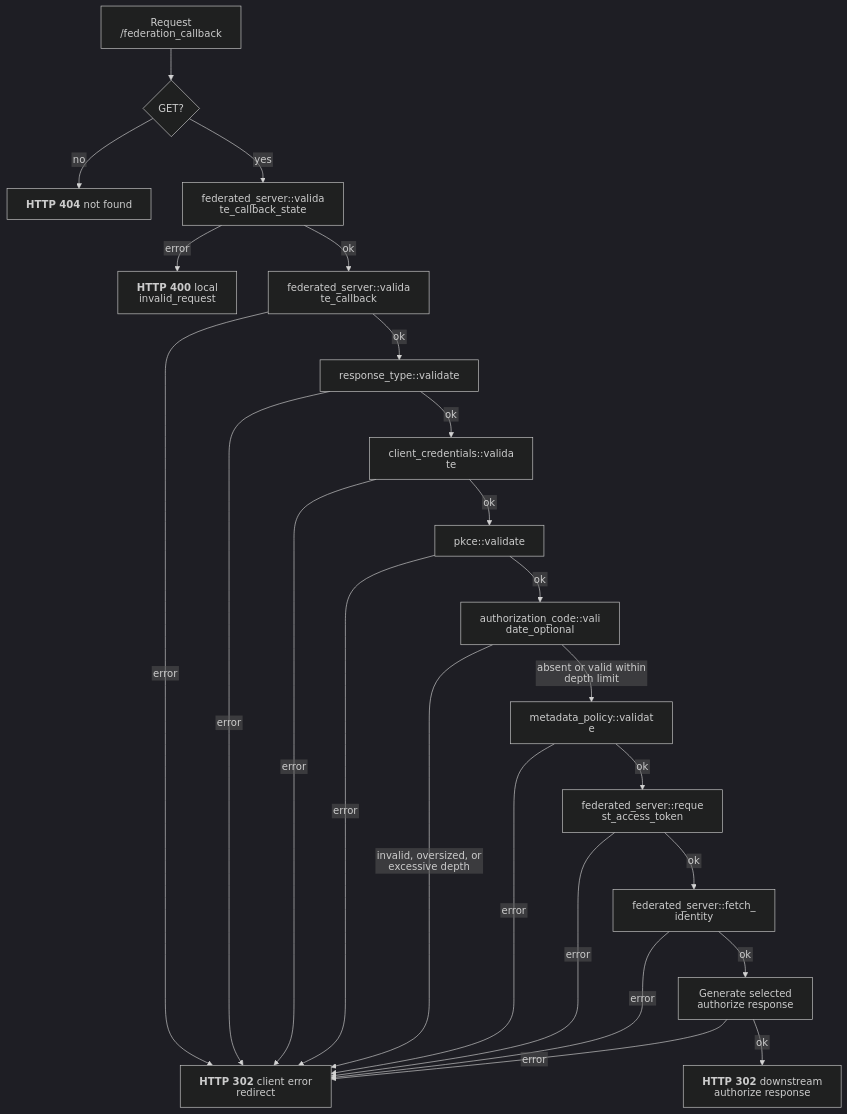
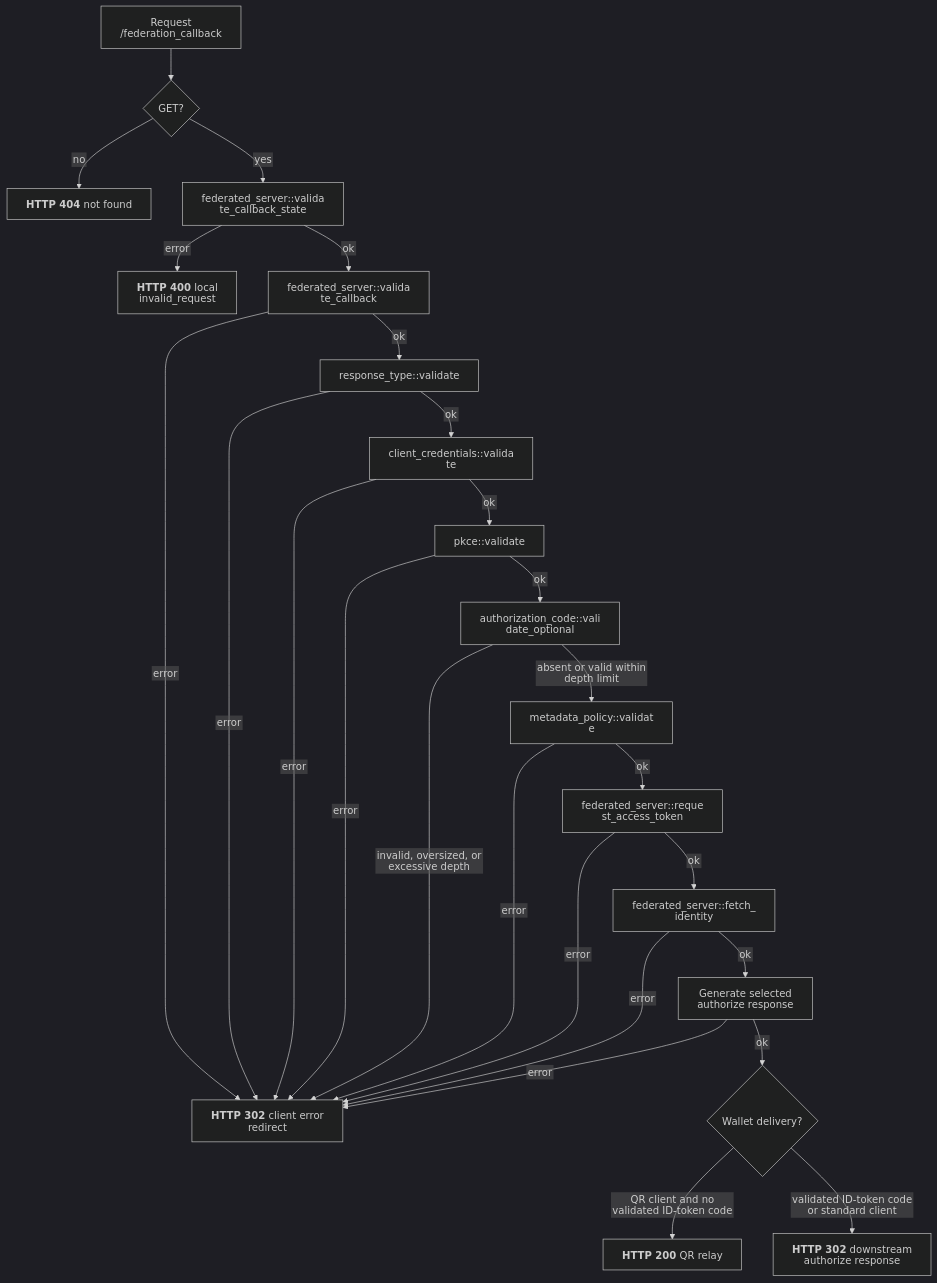
Before and after one commit to malach-it/kagome: the diagram in docs/flows/oauth/federation_callback.mmd, drawn with Mermaid (dark theme). The commit also changed 7 other files, not shown here.

```diff
--- a/docs/flows/oauth/federation_callback.mmd
+++ b/docs/flows/oauth/federation_callback.mmd
@@ -1,25 +1,27 @@
 %%{init: {"htmlLabels": false, "flowchart": {"htmlLabels": false}}}%%
 flowchart TD
     start[Request /federation_callback] --> method{GET?}
     method -- no --> not_found["`**HTTP 404** not found`"]
     method -- yes --> state["federated_server::validate_callback_state"]
     state -- error --> invalid_state["`**HTTP 400** local invalid_request`"]
     state -- ok --> callback["federated_server::validate_callback"]
     callback -- error --> redirect_error["`**HTTP 302** client error redirect`"]
     callback -- ok --> response_type["response_type::validate"]
     response_type -- error --> redirect_error
     response_type -- ok --> client["client_credentials::validate"]
     client -- error --> redirect_error
     client -- ok --> pkce["pkce::validate"]
     pkce -- error --> redirect_error
     pkce -- ok --> code["authorization_code::validate_optional"]
     code -- invalid, oversized, or excessive depth --> redirect_error
     code -- absent or valid within depth limit --> policy["metadata_policy::validate"]
     policy -- error --> redirect_error
     policy -- ok --> token["federated_server::request_access_token"]
     token -- error --> redirect_error
     token -- ok --> identity["federated_server::fetch_identity"]
     identity -- error --> redirect_error
     identity -- ok --> generate[Generate selected authorize response]
     generate -- error --> redirect_error
-    generate -- ok --> accepted["`**HTTP 302** downstream authorize response`"]
+    generate -- ok --> delivery{Wallet delivery?}
+    delivery -- QR client and no validated ID-token code --> qr["`**HTTP 200** QR relay`"]
+    delivery -- validated ID-token code or standard client --> accepted["`**HTTP 302** downstream authorize response`"]
```
